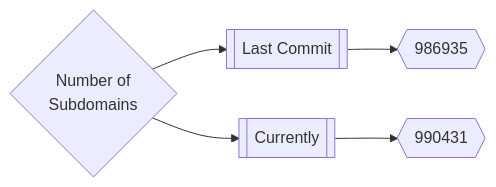
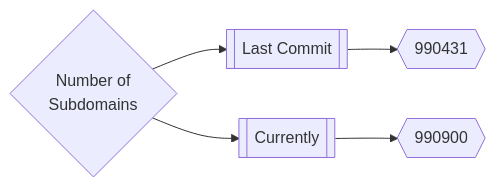
Before and after one commit to trickest/inventory: the first of 3 diagrams in README.md, drawn with Mermaid.

Commit message:
Update README.md Mon Aug  1 21:24:26 UTC 2022

````diff
--- a/README.md
+++ b/README.md
@@ -167,5 +167,5 @@
 ```mermaid
 graph LR
-title{Number of<br>Subdomains} --> subdomainsDate1[[Last Commit]] --> subdomainsNum1{{986935}}
-title --> subdomainsDate2[[Currently]] --> subdomainsNum2{{990431}}
+title{Number of<br>Subdomains} --> subdomainsDate1[[Last Commit]] --> subdomainsNum1{{990431}}
+title --> subdomainsDate2[[Currently]] --> subdomainsNum2{{990900}}
 ```
````
